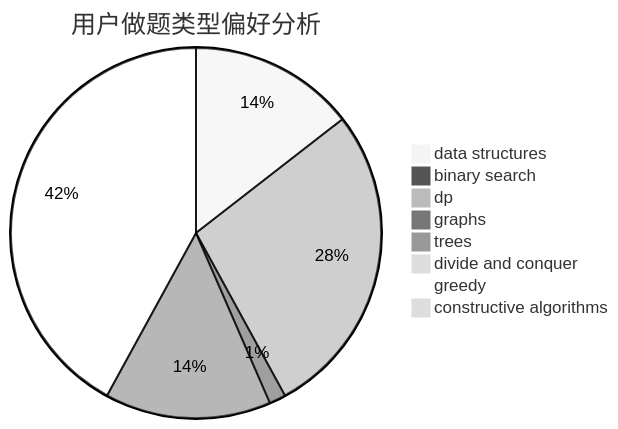
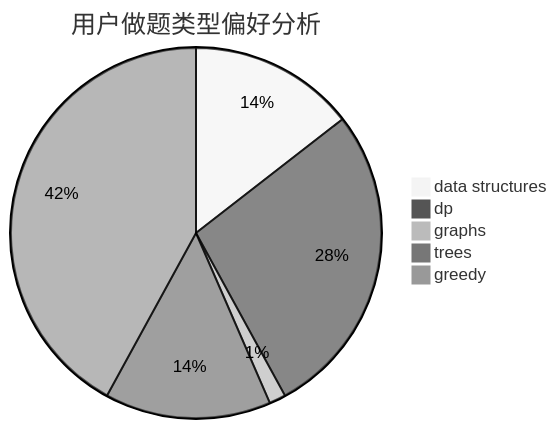
The second of 3 diagrams in docs/user/u658.md (sherpahu/cfrs.github.io), drawn with Mermaid (neutral theme) before and after one commit. The commit also changed other lines of this file and 2770 other files, not shown here.

````diff
--- a/docs/user/u658.md
+++ b/docs/user/u658.md
@@ -18,11 +15,8 @@
 ```mermaid
 pie title 用户做题类型偏好分析
     "data structures" :  10
-    "binary search" :  0
     "dp" :  19
     "graphs" :  1
     "trees" :  10
-    "divide and conquer" :  0
     "greedy" :  29
-    "constructive algorithms" :  0
 ```
````
